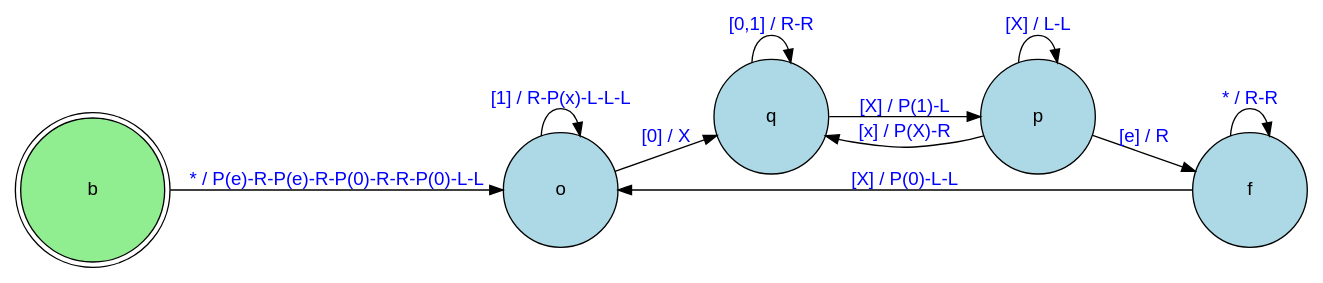
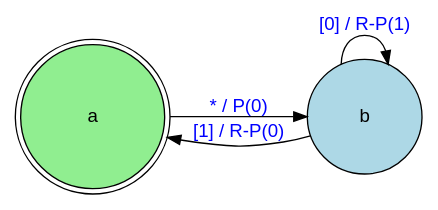
The diagram in state_machine.dot (mabhay3420/state_machine_compile_rust), drawn with Graphviz before and after one commit. The commit also changed 4 other files, not shown here.

```diff
--- a/state_machine.dot
+++ b/state_machine.dot
@@ -1,16 +1,9 @@
 digraph {
                 rankdir=LR;
                 labelloc="t";
                 node [shape=circle, style=filled, fillcolor=lightblue, fontname="Arial"];
                 edge [fontcolor=blue, fontname="Arial"];
-                  "b" [shape=doublecircle, fillcolor=lightgreen, width=1.5, height=1.5];   "o" [shape=circle, fillcolor=lightblue, width=1.2, height=1.2];   "q" [shape=circle, fillcolor=lightblue, width=1.2, height=1.2];   "p" [shape=circle, fillcolor=lightblue, width=1.2, height=1.2];   "f" [shape=circle, fillcolor=lightblue, width=1.2, height=1.2];   "b" -> "o" [label="* / P(e)-R-P(e)-R-P(0)-R-R-P(0)-L-L", color=black];
-  "o" -> "o" [label="[1] / R-P(x)-L-L-L", color=black];
-  "o" -> "q" [label="[0] / X", color=black];
-  "q" -> "q" [label="[0,1] / R-R", color=black];
-  "q" -> "p" [label="[X] / P(1)-L", color=black];
-  "p" -> "q" [label="[x] / P(X)-R", color=black];
-  "p" -> "f" [label="[e] / R", color=black];
-  "p" -> "p" [label="[X] / L-L", color=black];
-  "f" -> "f" [label="* / R-R", color=black];
-  "f" -> "o" [label="[X] / P(0)-L-L", color=black];
+                  "a" [shape=doublecircle, fillcolor=lightgreen, width=1.5, height=1.5];   "b" [shape=circle, fillcolor=lightblue, width=1.2, height=1.2];   "a" -> "b" [label="* / P(0)", color=black];
+  "b" -> "b" [label="[0] / R-P(1)", color=black];
+  "b" -> "a" [label="[1] / R-P(0)", color=black];
  } 
```
